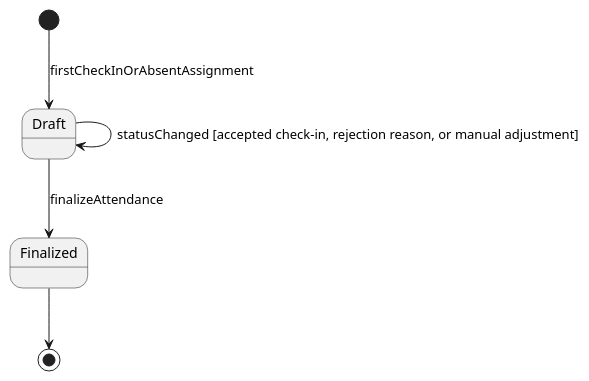
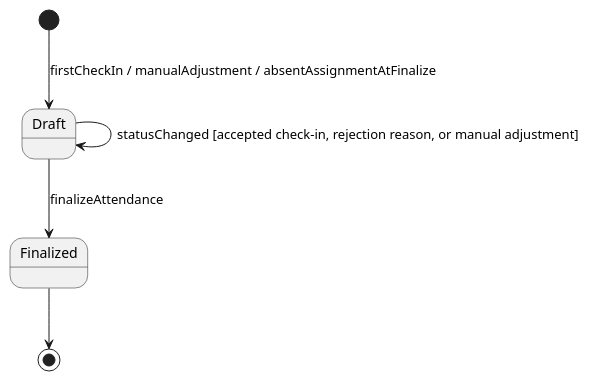
One commit to nttung42/SWD392 changed diagram 28 of 28 in docs/rds/2_Analysis.md. Above: the diagram before and after it, drawn with PlantUML. The commit also changed other lines of this file and 3 other files, not shown here.

````diff
--- a/docs/rds/2_Analysis.md
+++ b/docs/rds/2_Analysis.md
@@ -1263,9 +1201,9 @@
 ```plantuml
 @startuml
 skinparam style strictuml
-[*] --> Draft : firstCheckInOrAbsentAssignment
+[*] --> Draft : firstCheckIn / manualAdjustment / absentAssignmentAtFinalize
 Draft --> Draft : statusChanged [accepted check-in, rejection reason, or manual adjustment]
 Draft --> Finalized : finalizeAttendance
 Finalized --> [*]
 @enduml
 ```
````
